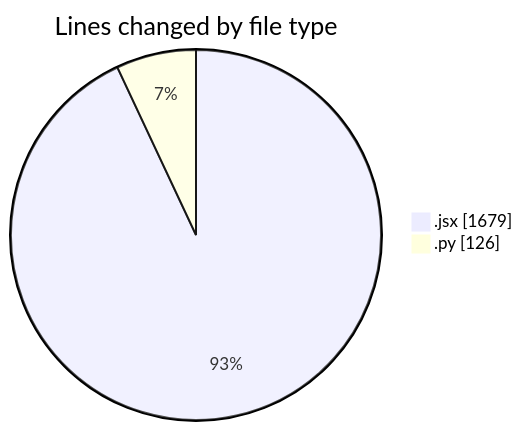
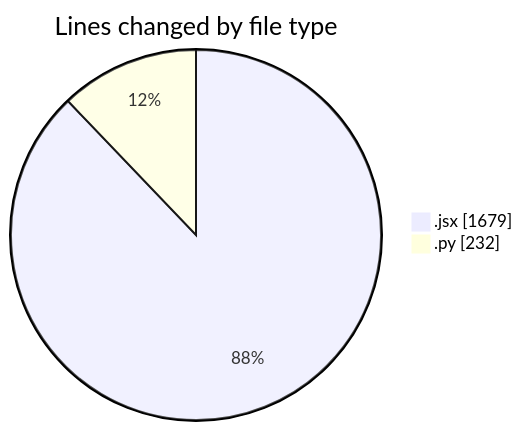
Before and after one commit to nxtqubesakshisongat/code-tracking: the first of 2 diagrams in 2025-05-20/nxtqube_webapp/README.md, drawn with Mermaid. The commit also changed other lines of this file and 1 other file, not shown here.

````diff
--- a/2025-05-20/nxtqube_webapp/README.md
+++ b/2025-05-20/nxtqube_webapp/README.md
@@ -21,6 +22,6 @@
 ```mermaid
 pie showData
 title Lines changed by file type
 ".jsx" : 1679
-".py" : 126
+".py" : 232
 ```
````
